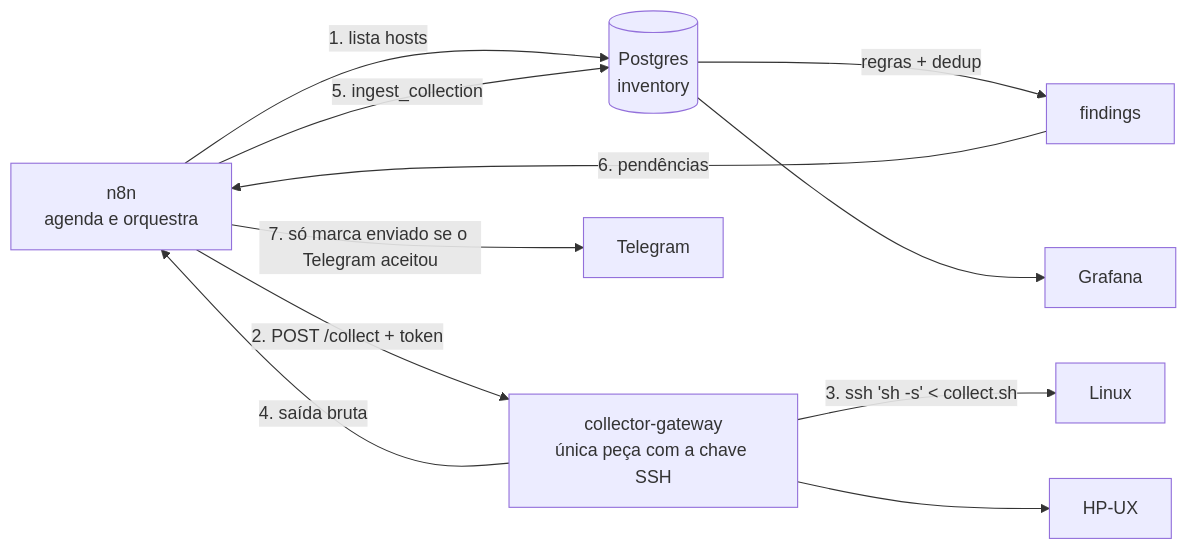
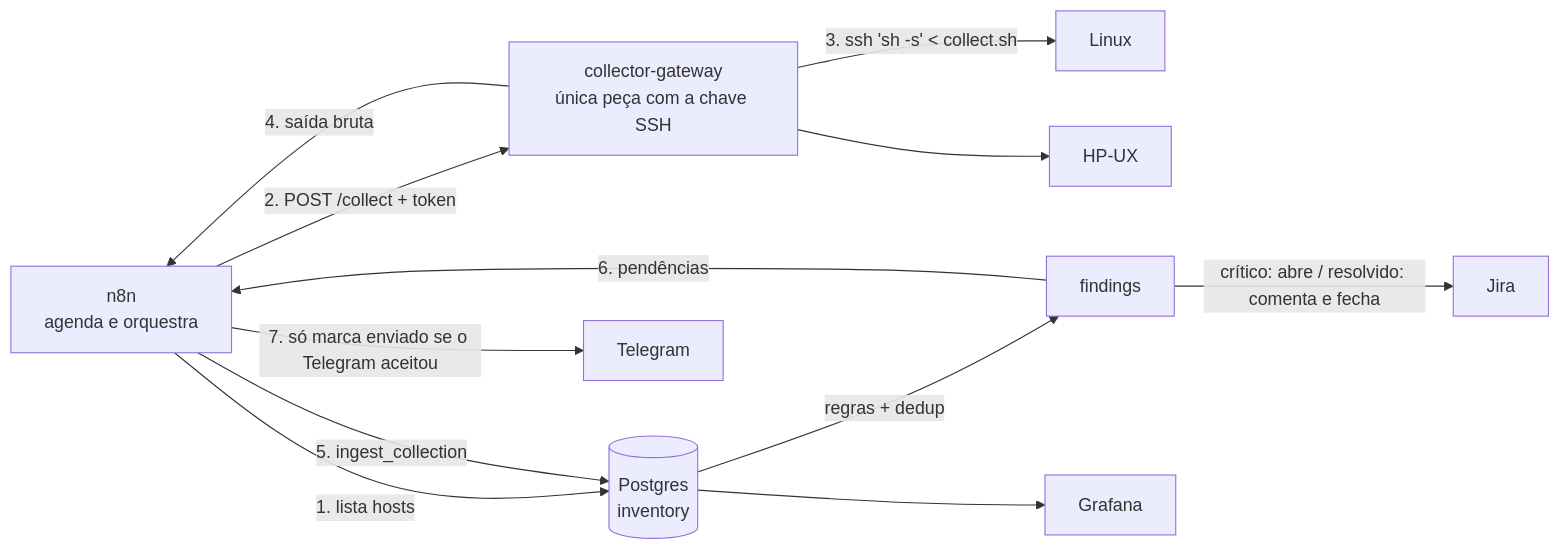
One commit to aguinaldomneto/agentless-fleet-audit changed the diagram in README.md. Above: the diagram before and after it, drawn with Mermaid. The commit also changed other lines of this file and 9 other files, not shown here.

````diff
--- a/README.md
+++ b/README.md
@@ -20,13 +20,14 @@
 ```mermaid
 flowchart LR
     N[n8n<br/>agenda e orquestra] -->|1. lista hosts| DB[(Postgres<br/>inventory)]
     N -->|2. POST /collect + token| GW[collector-gateway<br/>única peça com a chave SSH]
     GW -->|3. ssh 'sh -s' < collect.sh| T1[Linux]
     GW --> T2[HP-UX]
     GW -->|4. saída bruta| N
     N -->|5. ingest_collection| DB
     DB -->|regras + dedup| F[findings]
     F -->|6. pendências| N
     N -->|7. só marca enviado se o Telegram aceitou| A[Telegram]
+    F -->|crítico: abre / resolvido: comenta e fecha| J[Jira]
     DB --> G[Grafana]
 ```
````
